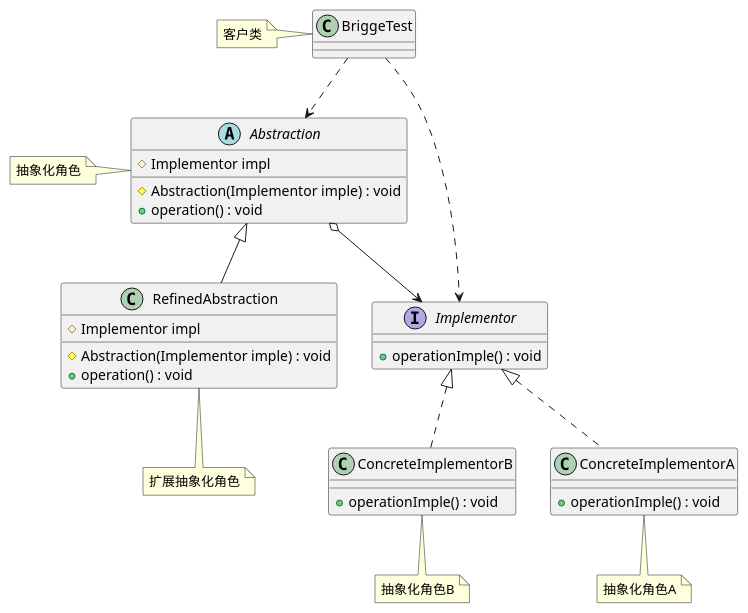
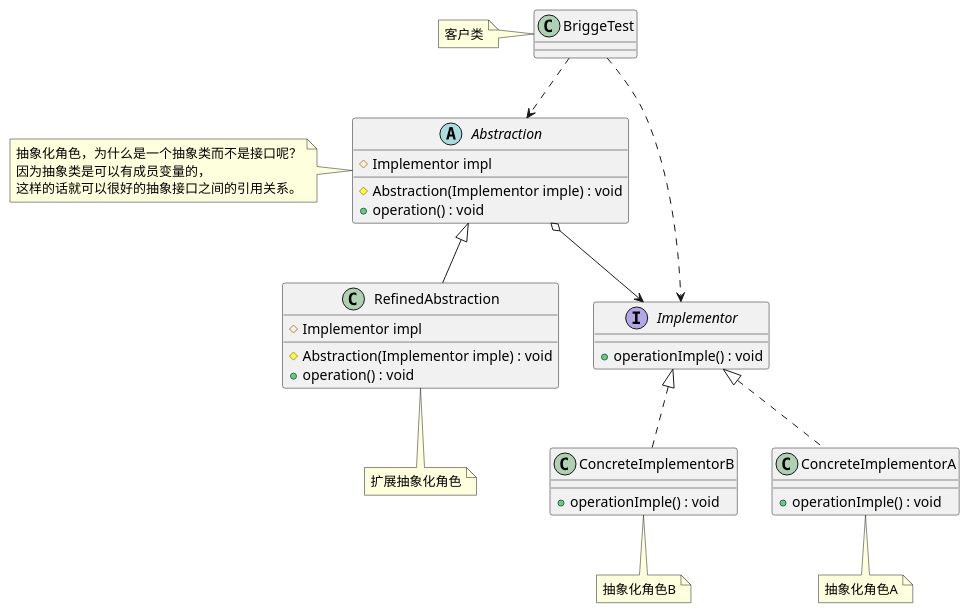
Before and after one commit to caoyali/BooksCodeDemo: the diagram in 23Pattern/app/src/main/java/com/example/pattern/Bridge/BridgeNote1.md, drawn with PlantUML. The commit also changed 13 other files, not shown here.

````diff
--- a/23Pattern/app/src/main/java/com/example/pattern/Bridge/BridgeNote1.md
+++ b/23Pattern/app/src/main/java/com/example/pattern/Bridge/BridgeNote1.md
@@ -16,36 +16,36 @@
 ```puml
 @startuml
 class BriggeTest
 abstract class Abstraction {
     # Implementor impl
     # Abstraction(Implementor imple) : void
     + operation() : void
 }
 class RefinedAbstraction {
     # Implementor impl
     # Abstraction(Implementor imple) : void
     + operation() : void
 }
 interface Implementor {
     + operationImple() : void
 }
 class ConcreteImplementorA {
     + operationImple() : void
 }
 class ConcreteImplementorB {
     + operationImple() : void
 }
 BriggeTest ..> Implementor
 Implementor <|.. ConcreteImplementorA
 Implementor <|.. ConcreteImplementorB
 BriggeTest ..> Abstraction
 Abstraction <|-- RefinedAbstraction
 Abstraction o--> Implementor
 
 note left of BriggeTest : 客户类
-note left of Abstraction : 抽象化角色
+note left of Abstraction : 抽象化角色，为什么是一个抽象类而不是接口呢？\n因为抽象类是可以有成员变量的，\n这样的话就可以很好的抽象接口之间的引用关系。
 note bottom of RefinedAbstraction : 扩展抽象化角色
 note bottom of ConcreteImplementorA : 抽象化角色A
 note bottom of ConcreteImplementorB : 抽象化角色B
 @enduml
 ```
````
